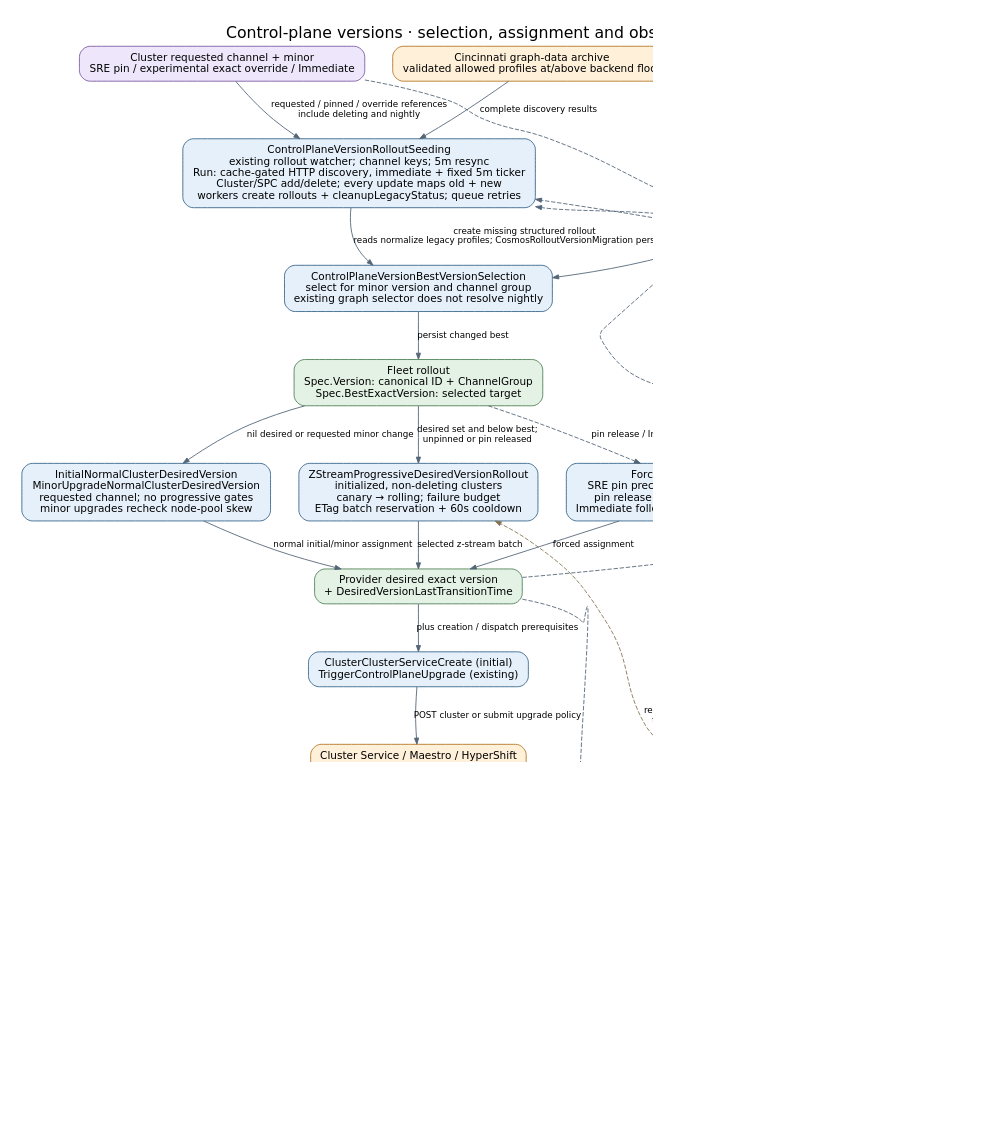
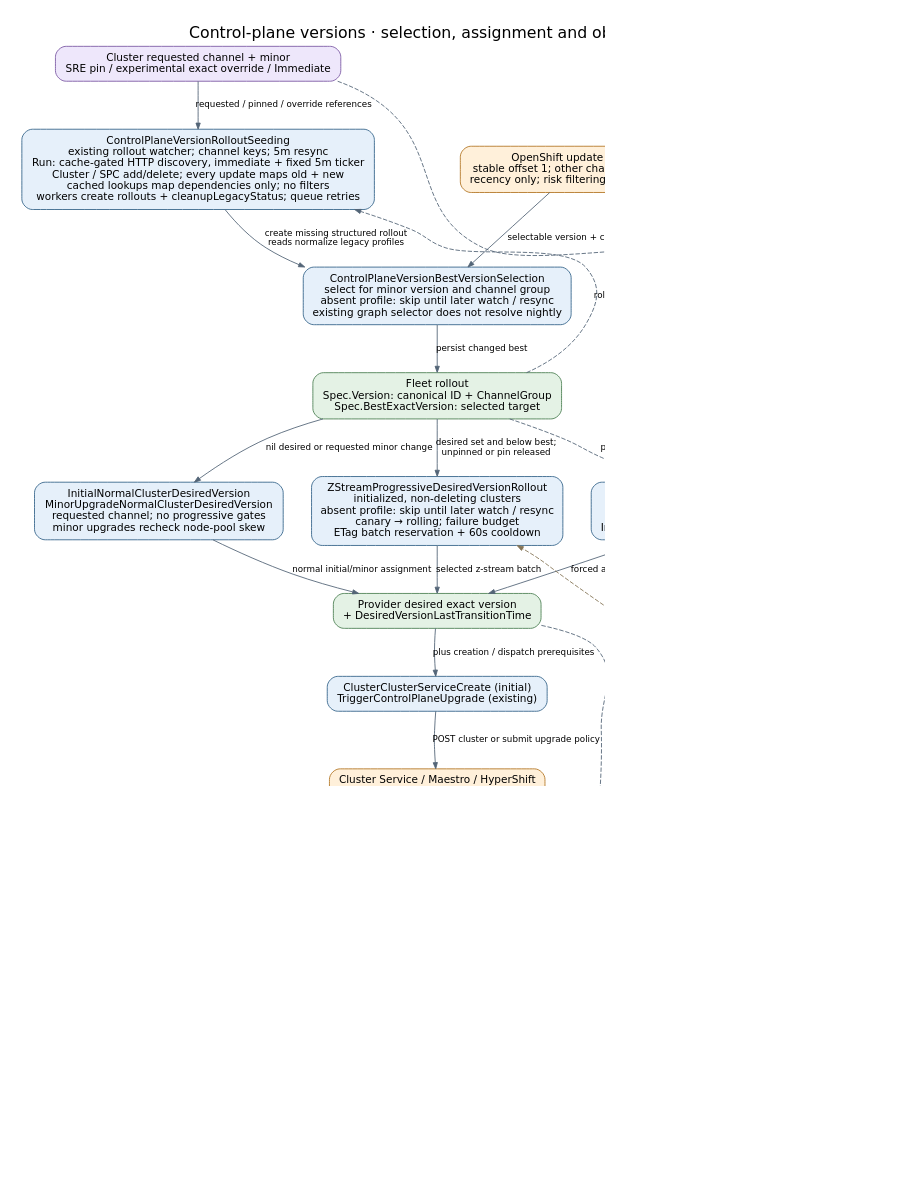
One commit to Azure/ARO-HCP changed the diagram in docs/diagrams/controller-flows/control-plane-version-rollout.dot. Above: the diagram before and after it, drawn with Graphviz. The commit also changed 48 other files, not shown here.

```diff
--- a/docs/diagrams/controller-flows/control-plane-version-rollout.dot
+++ b/docs/diagrams/controller-flows/control-plane-version-rollout.dot
@@ -1,43 +1,40 @@
 digraph control_plane_version_rollout {
   graph [rankdir=TB, bgcolor="white", pad="0.3", nodesep="0.45", ranksep="0.6", fontname="DejaVu Sans", fontsize=18, labelloc=t, label="Control-plane versions · selection, assignment and observed progress", dpi=110];
   node [shape=box, style="rounded,filled", fillcolor="#e6f0fa", color="#35648a", fontname="DejaVu Sans", fontsize=12, margin="0.16,0.10"];
   edge [color="#536577", fontname="DejaVu Sans", fontsize=10, arrowsize=0.7];
   request [label="Cluster requested channel + minor\nSRE pin / experimental exact override / Immediate", fillcolor="#eee7fb", color="#7b59a4"];
-  discovery [label="Cincinnati graph-data archive\nvalidated allowed profiles at/above backend floor", fillcolor="#fff0da", color="#b27624"];
-  seed [label="ControlPlaneVersionRolloutSeeding\nexisting rollout watcher; channel keys; 5m resync\nRun: cache-gated HTTP discovery, immediate + fixed 5m ticker\nCluster/SPC add/delete; every update maps old + new\nworkers create rollouts + cleanupLegacyStatus; queue retries"];
-  best [label="ControlPlaneVersionBestVersionSelection\nselect for minor version and channel group\nexisting graph selector does not resolve nightly"];
+  seed [label="ControlPlaneVersionRolloutSeeding\nexisting rollout watcher; channel keys; 5m resync\nRun: cache-gated HTTP discovery, immediate + fixed 5m ticker\nCluster / SPC add/delete; every update maps old + new\ncached lookups map dependencies only; no filters\nworkers create rollouts + cleanupLegacyStatus; queue retries"];
+  best [label="ControlPlaneVersionBestVersionSelection\nselect for minor version and channel group\nabsent profile: skip until later watch / resync\nexisting graph selector does not resolve nightly"];
   updategraph [label="OpenShift update graph\nstable offset 1; other channels offset 0\nrecency only; risk filtering is a follow-up", fillcolor="#fff0da", color="#b27624"];
   target [label="Fleet rollout\nSpec.Version: canonical ID + ChannelGroup\nSpec.BestExactVersion: selected target", fillcolor="#e4f2e5", color="#4c8053"];
   initial [label="InitialNormalClusterDesiredVersion\nMinorUpgradeNormalClusterDesiredVersion\nrequested channel; no progressive gates\nminor upgrades recheck node-pool skew"];
-  normal [label="ZStreamProgressiveDesiredVersionRollout\ninitialized, non-deleting clusters\ncanary → rolling; failure budget\nETag batch reservation + 60s cooldown"];
+  normal [label="ZStreamProgressiveDesiredVersionRollout\ninitialized, non-deleting clusters\nabsent profile: skip until later watch / resync\ncanary → rolling; failure budget\nETag batch reservation + 60s cooldown"];
   forced [label="ForcedClusterDesiredVersion\nSRE pin precedes experimental exact version\npin release at UntilExactVersion; otherwise\nImmediate follows best without progressive gates"];
   desired [label="Provider desired exact version\n+ DesiredVersionLastTransitionTime", fillcolor="#e4f2e5", color="#4c8053"];
   dispatch [label="ClusterClusterServiceCreate (initial)\nTriggerControlPlaneUpgrade (existing)"];
   external [label="Cluster Service / Maestro / HyperShift\nexternal control-plane convergence", fillcolor="#fff0da", color="#b27624"];
   observe [label="ReadDesireKubernetesController\n→ ControlPlaneActiveVersions"];
   history [label="Provider active versions + transition times\nCompleted entry confirms achieved version", fillcolor="#e4f2e5", color="#4c8053"];
-  status [label="ControlPlaneVersionStatusCollector\nprofile-based membership and status fanout\nexclude missing / deleting clusters\naggregate counts; no assignments"];
+  status [label="ControlPlaneVersionStatusCollector\nprofile-based membership and status fanout\nabsent profile: skip until later watch / resync\nexclude missing / deleting clusters\naggregate counts; no assignments"];
   counts [label="Fleet status: desired / mismatched / failed\nachieved / successful\nsuccess age > 1h; mismatch timeout > 2h default", fillcolor="#e4f2e5", color="#4c8053"];
-  discovery -> seed [label="complete discovery results"];
-  request -> seed [label="requested / pinned / override references\ninclude deleting and nightly"];
-  desired -> seed [label="desired references", style=dashed, constraint=false];
-  history -> seed [label="active references", style=dashed, constraint=false];
-  seed -> best [label="create missing structured rollout\nreads normalize legacy profiles; CosmosRolloutVersionMigration persists them"];
+  request -> seed [label="requested / pinned / override references"];
+  seed -> best [label="create missing structured rollout\nreads normalize legacy profiles"];
+  target -> seed [label="rollout add/update/delete + resync", style=dashed, constraint=false];
   updategraph -> best [label="selectable version + configured floor"];
   best -> target [label="persist changed best"];
   target -> initial [label="nil desired or requested minor change"];
   target -> normal [label="desired set and below best;\nunpinned or pin released"];
   target -> forced [label="pin release / Immediate", style=dashed];
   request -> forced [label="optional override / Immediate", style=dashed, constraint=false];
   initial -> desired [label="normal initial/minor assignment"];
   normal -> desired [label="selected z-stream batch"];
   forced -> desired [label="forced assignment"];
   desired -> dispatch [label="plus creation / dispatch prerequisites"];
   dispatch -> external [label="POST cluster or submit upgrade policy"];
   external -> observe [label="mirrored HostedCluster history"];
   observe -> history [label="record observed state"];
   history -> status [label="completed version + age"];
   desired -> status [label="membership + target + age", style=dashed, constraint=false];
   status -> counts [label="persist only changed aggregates"];
   history -> normal [label="recompute decision counts\nfrom provider snapshot", style=dashed, color="#857456", constraint=false];
 }
```
